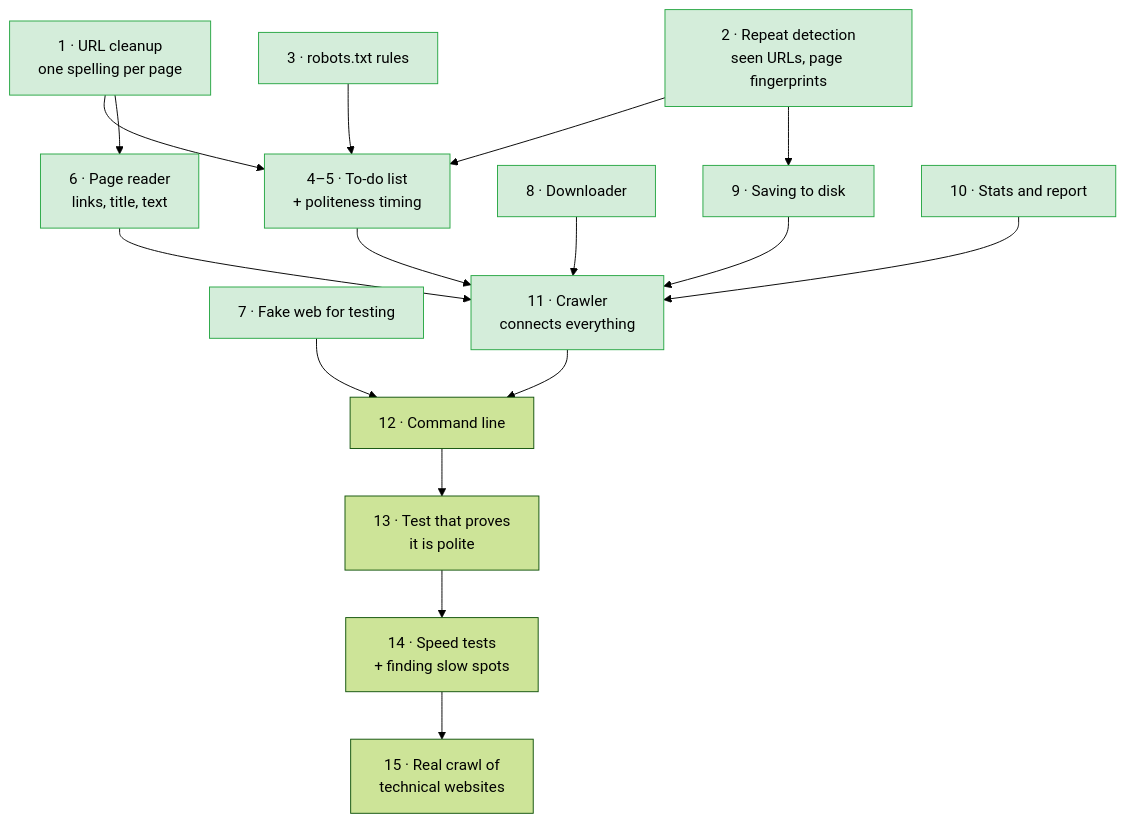
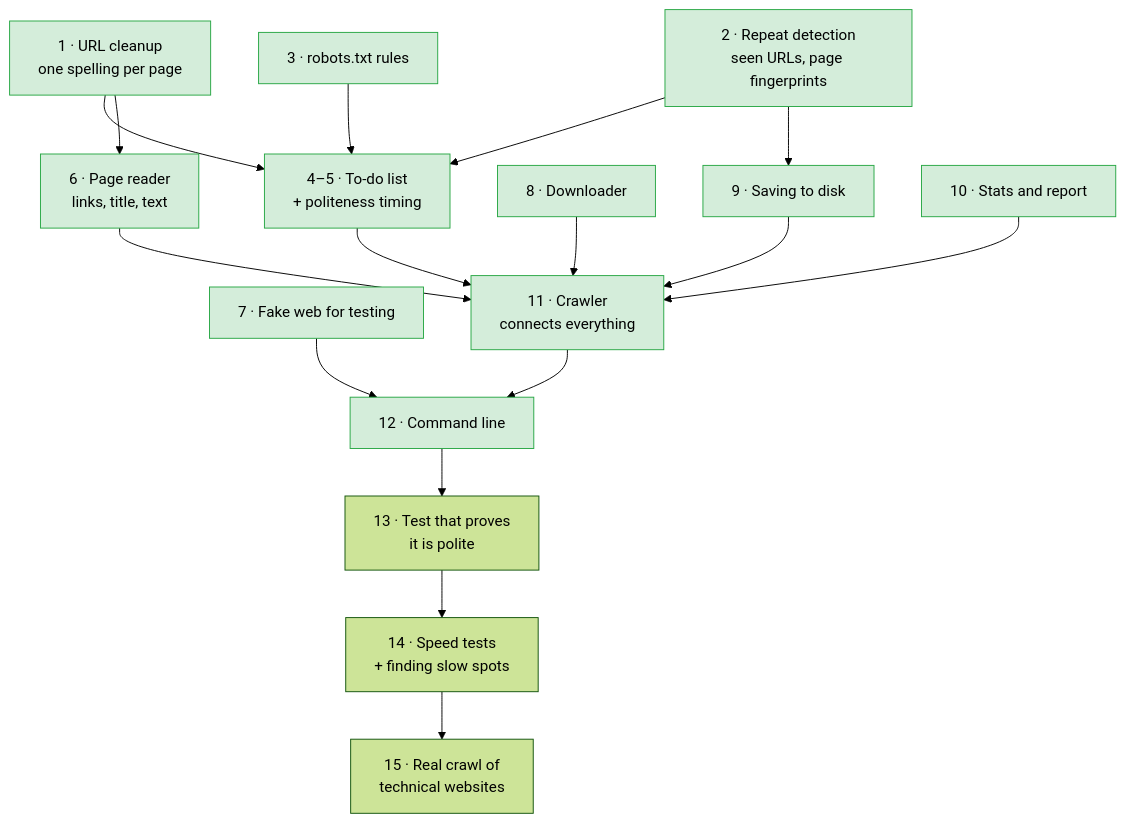
One commit to Armaan-king/McCrawl changed the fourth of 4 diagrams in README.md. Above: the diagram before and after it, drawn with Mermaid (forest theme). The commit also changed other lines of this file and 16 other files, not shown here.

````diff
--- a/README.md
+++ b/README.md
@@ -118,33 +118,33 @@
 ```mermaid
 flowchart TD
     urlnorm["1 · URL cleanup<br/>one spelling per page"]:::done
     dedup["2 · Repeat detection<br/>seen URLs, page fingerprints"]:::done
     robots["3 · robots.txt rules"]:::done
     frontier["4–5 · To-do list<br/>+ politeness timing"]:::done
     parse["6 · Page reader<br/>links, title, text"]:::done
     mockweb["7 · Fake web for testing"]:::done
     fetch["8 · Downloader"]:::done
     store["9 · Saving to disk"]:::done
     metrics["10 · Stats and report"]:::done
     crawler["11 · Crawler<br/>connects everything"]:::done
-    cli["12 · Command line"]
+    cli["12 · Command line"]:::done
     proof["13 · Test that proves<br/>it is polite"]
     bench["14 · Speed tests<br/>+ finding slow spots"]
     real["15 · Real crawl of<br/>technical websites"]
 
     urlnorm --> frontier
     dedup --> frontier
     robots --> frontier
     urlnorm --> parse
     dedup --> store
     frontier --> crawler
     parse --> crawler
     fetch --> crawler
     store --> crawler
     metrics --> crawler
     crawler --> cli
     mockweb --> cli
     cli --> proof --> bench --> real
 
     classDef done fill:#d4edda,stroke:#28a745,color:#000
 ```
````
